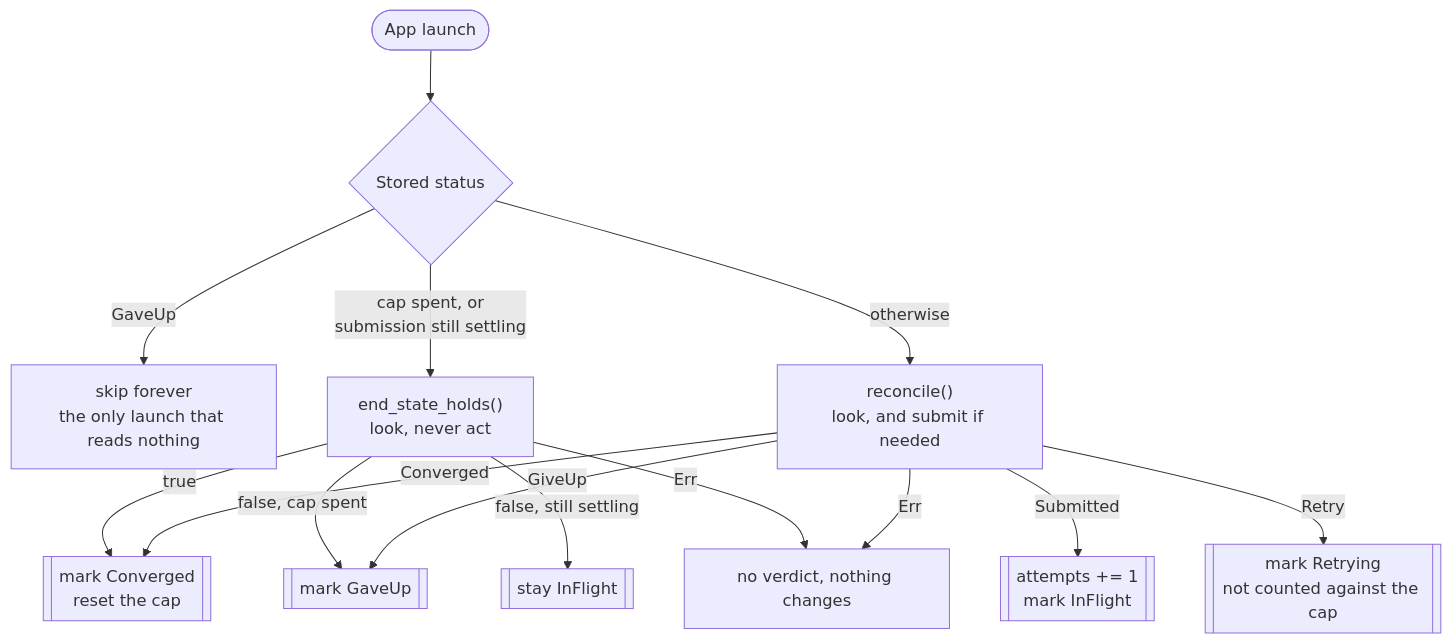
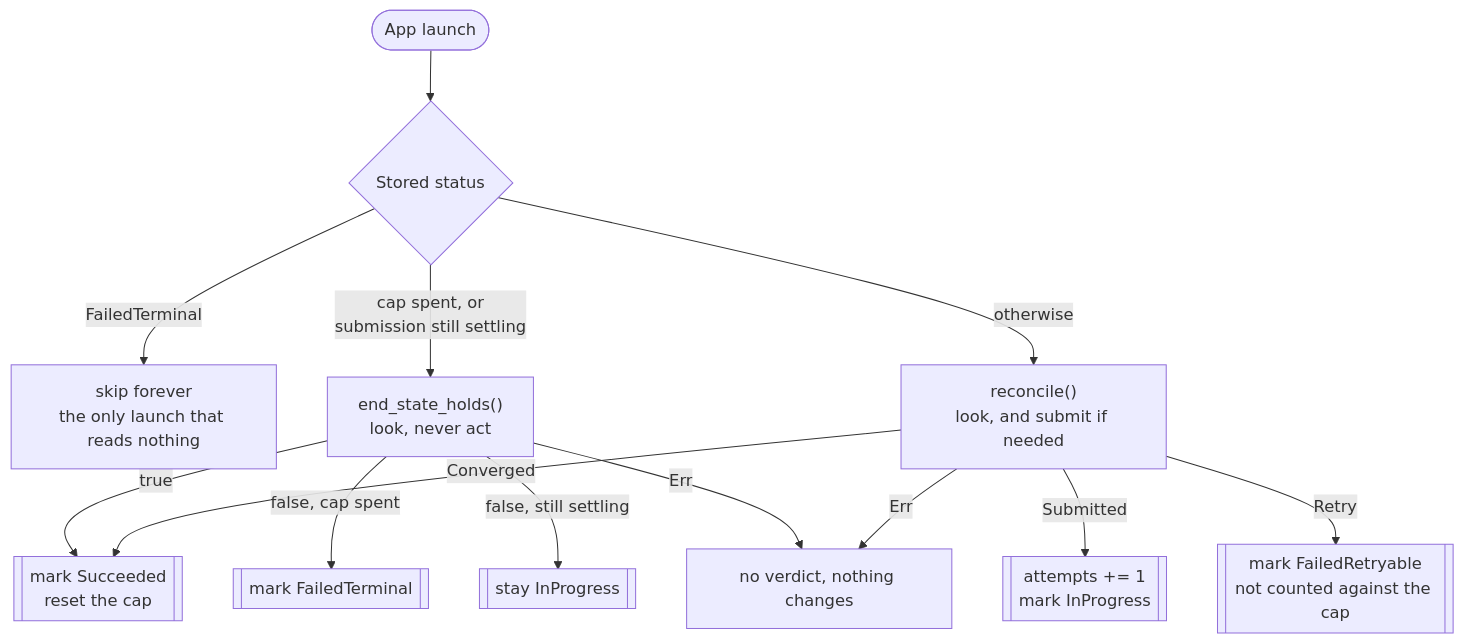
Before and after one commit to worldcoin/bedrock: the diagram in bedrock/src/migration/README.md, drawn with Mermaid. The commit also changed other lines of this file and 12 other files, not shown here.

````diff
--- a/bedrock/src/migration/README.md
+++ b/bedrock/src/migration/README.md
@@ -98,19 +99,18 @@
 ```mermaid
 flowchart TD
     Start([App launch]) --> Gate{Stored status}
 
-    Gate -- GaveUp --> SkipT[skip forever<br/>the only launch that reads nothing]
+    Gate -- FailedTerminal --> SkipT[skip forever<br/>the only launch that reads nothing]
     Gate -- "cap spent, or<br/>submission still settling" --> Obs["end_state_holds()<br/>look, never act"]
     Gate -- otherwise --> Rec["reconcile()<br/>look, and submit if needed"]
 
-    Obs -- true --> Done[["mark Converged<br/>reset the cap"]]
-    Obs -- "false, cap spent" --> Terminal[["mark GaveUp"]]
-    Obs -- "false, still settling" --> Wait[["stay InFlight"]]
+    Obs -- true --> Done[["mark Succeeded<br/>reset the cap"]]
+    Obs -- "false, cap spent" --> Terminal[["mark FailedTerminal"]]
+    Obs -- "false, still settling" --> Wait[["stay InProgress"]]
     Obs -- Err --> SkipE[no verdict, nothing changes]
 
     Rec -- Converged --> Done
-    Rec -- Submitted --> InFlight[["attempts += 1<br/>mark InFlight"]]
-    Rec -- Retry --> Retry[["mark Retrying<br/>not counted against the cap"]]
-    Rec -- GiveUp --> Terminal
+    Rec -- Submitted --> InFlight[["attempts += 1<br/>mark InProgress"]]
+    Rec -- Retry --> Retry[["mark FailedRetryable<br/>not counted against the cap"]]
     Rec -- Err --> SkipE
 ```
````
